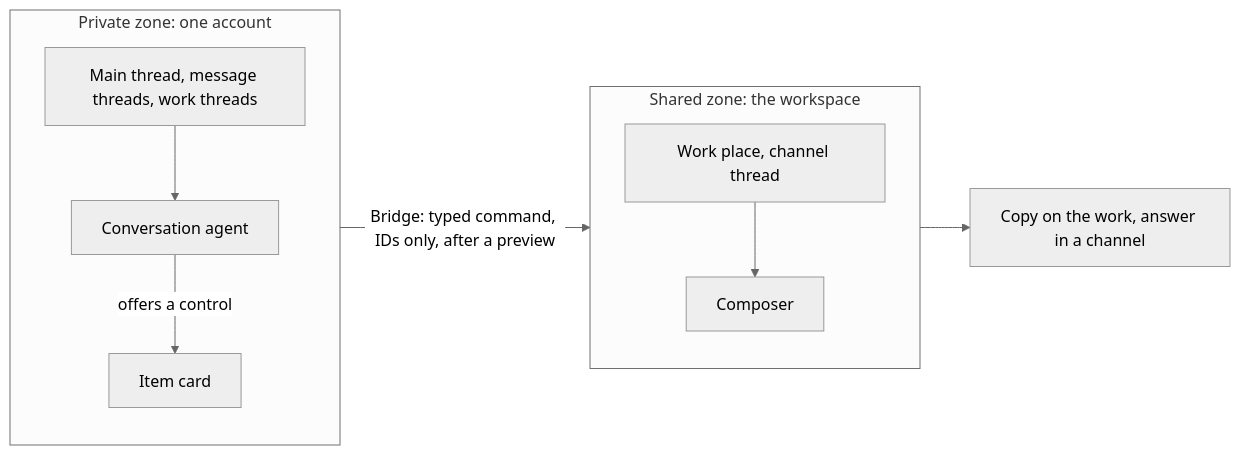
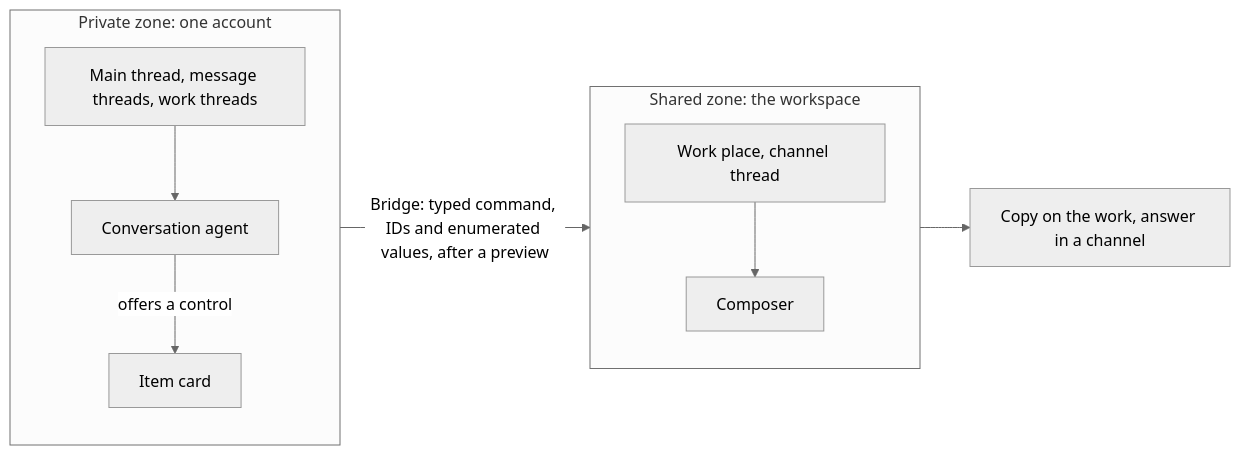
Before and after one commit to hephaestus-build/Hephaestus: the first of 12 diagrams in docs/contributor/conversation-core.mdx, drawn with Mermaid (neutral theme). The commit also changed other lines of this file and 23 other files, not shown here.

````diff
--- a/docs/contributor/conversation-core.mdx
+++ b/docs/contributor/conversation-core.mdx
@@ -118,16 +117,16 @@
 ```mermaid
 flowchart LR
     accTitle: Two zones, one wall, one bridge
     accDescr: The private zone holds one account's private threads and the conversation agent. The shared zone holds the work places and channel threads and the composer. The audience rule is the wall between them. The only bridge is a typed command that the person confirms on the item card, with IDs and enumerated values only.
     subgraph privateZone ["Private zone: one account"]
         direction TB
         privateThreads["Main thread, message threads, work threads"] --> agent["Conversation agent"]
         agent -- "offers a control" --> card["Item card"]
     end
     subgraph sharedZone ["Shared zone: the workspace"]
         direction TB
         places["Work place, channel thread"] --> composer["Composer"]
     end
-    card -- "Bridge: typed command, IDs only, after a preview" --> places
+    card -- "Bridge: typed command, IDs and enumerated values, after a preview" --> places
     composer --> outside["Copy on the work, answer in a channel"]
 ```
````
